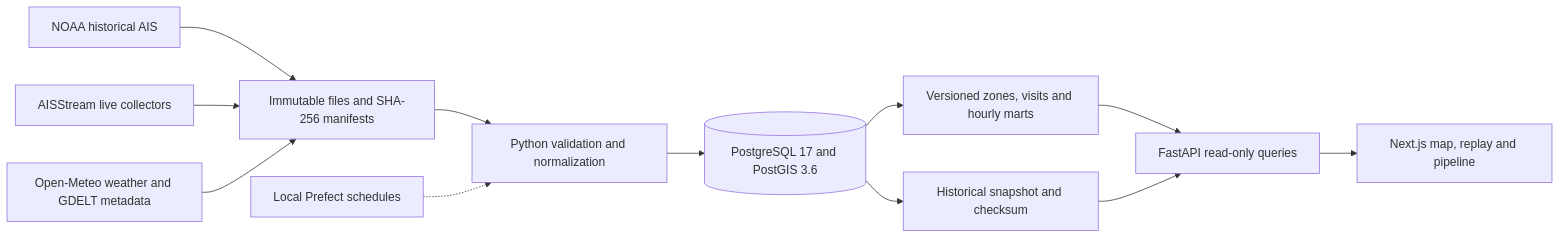
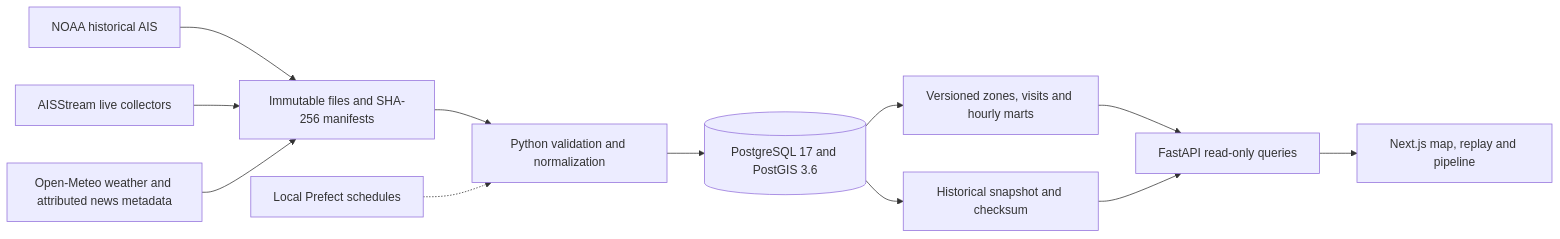
One commit to SamABZD/portwatch changed the diagram in README.md. Above: the diagram before and after it, drawn with Mermaid. The commit also changed other lines of this file and 3 other files, not shown here.

````diff
--- a/README.md
+++ b/README.md
@@ -37,14 +37,14 @@
 ```mermaid
 flowchart LR
     NOAA[NOAA historical AIS] --> RAW[Immutable files and SHA-256 manifests]
     AIS[AISStream live collectors] --> RAW
-    CONTEXT[Open-Meteo weather and GDELT metadata] --> RAW
+    CONTEXT[Open-Meteo weather and attributed news metadata] --> RAW
     RAW --> PY[Python validation and normalization]
     PY --> PG[(PostgreSQL 17 and PostGIS 3.6)]
     PG --> ANALYTICS[Versioned zones, visits and hourly marts]
     ANALYTICS --> API[FastAPI read-only queries]
     API --> WEB[Next.js map, replay and pipeline]
     PREFECT[Local Prefect schedules] -.-> PY
     PG --> EXPORT[Historical snapshot and checksum]
     EXPORT --> API
 ```
````
